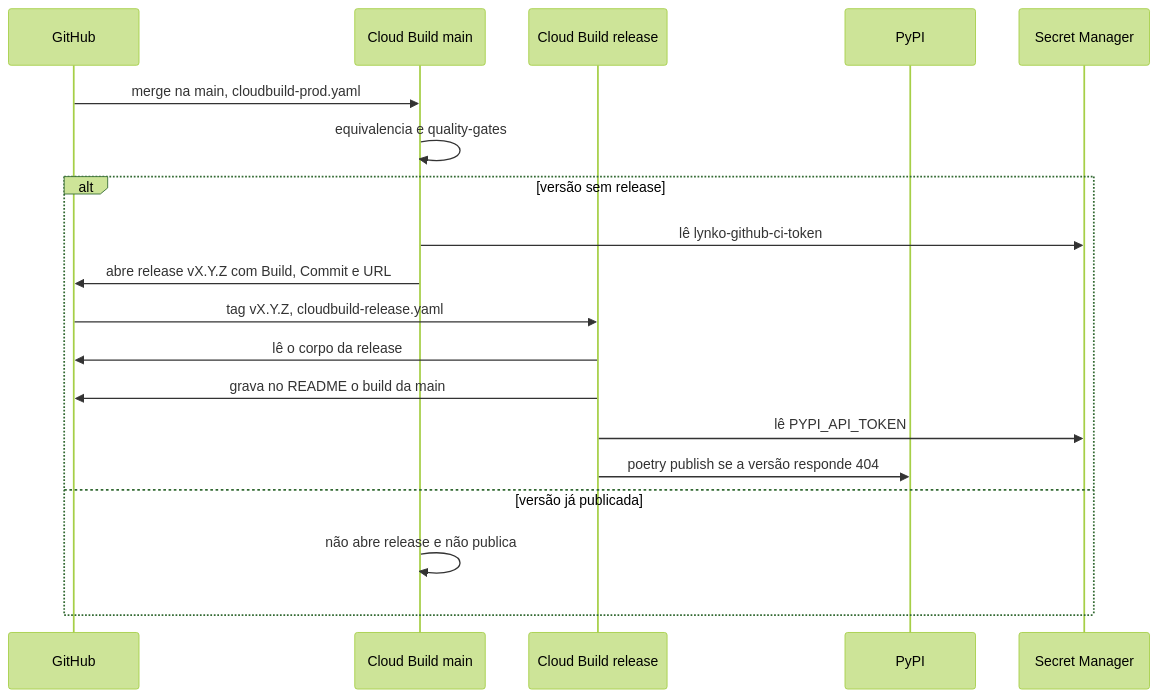
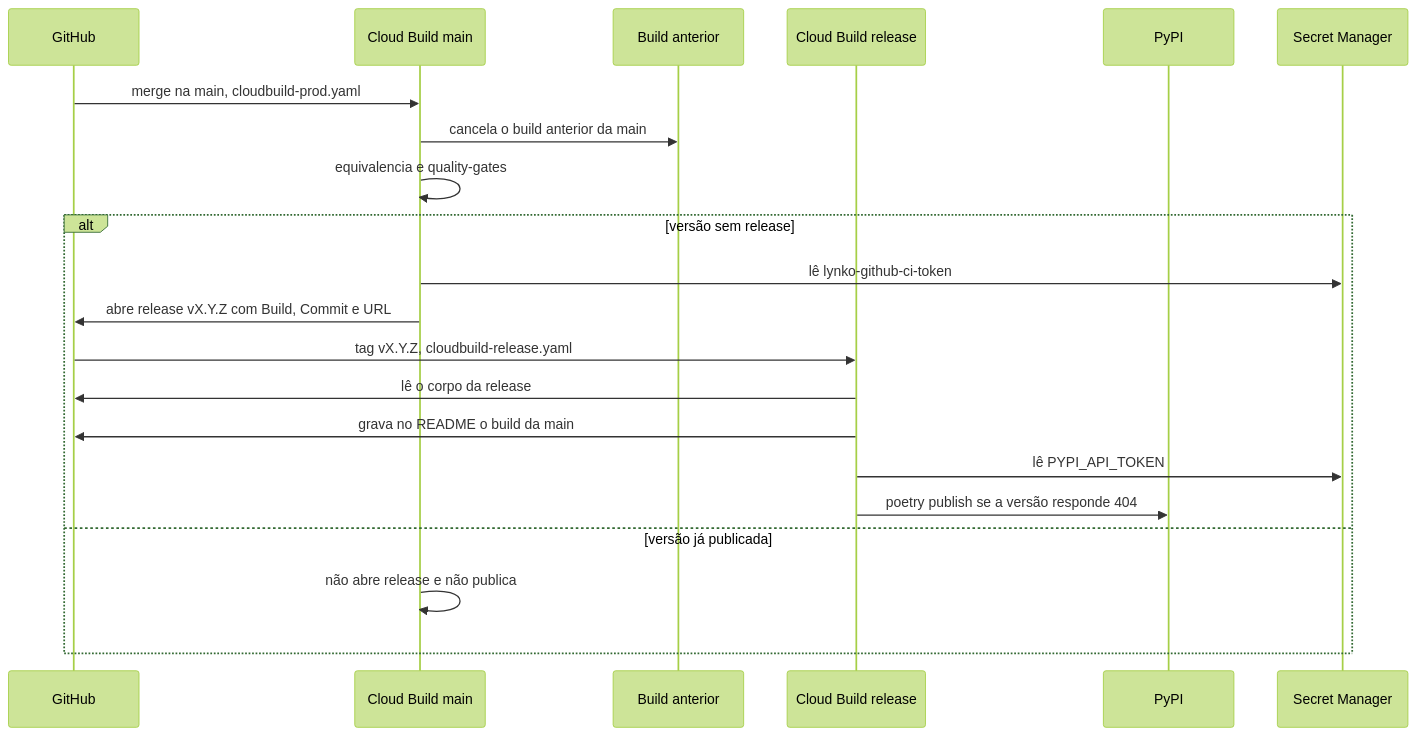
The second of 3 diagrams in docs/publicacao-flow.md (garusocruz/calculadora-rtc-simples-nacional), drawn with Mermaid (forest theme) before and after one commit. The commit also changed other lines of this file and 7 other files, not shown here.

First line of the commit message:
ci: cancela o build anterior da mesma branch

````diff
--- a/docs/publicacao-flow.md
+++ b/docs/publicacao-flow.md
@@ -29,21 +32,23 @@
 ```mermaid
 sequenceDiagram
   participant GH as GitHub
   participant Main as Cloud Build main
+  participant Old as Build anterior
   participant Rel as Cloud Build release
   participant Py as PyPI
   participant SM as Secret Manager
   GH->>Main: merge na main, cloudbuild-prod.yaml
+  Main->>Old: cancela o build anterior da main
   Main->>Main: equivalencia e quality-gates
   alt versão sem release
     Main->>SM: lê lynko-github-ci-token
     Main->>GH: abre release vX.Y.Z com Build, Commit e URL
     GH->>Rel: tag vX.Y.Z, cloudbuild-release.yaml
     Rel->>GH: lê o corpo da release
     Rel->>GH: grava no README o build da main
     Rel->>SM: lê PYPI_API_TOKEN
     Rel->>Py: poetry publish se a versão responde 404
   else versão já publicada
     Main->>Main: não abre release e não publica
   end
 ```
````
